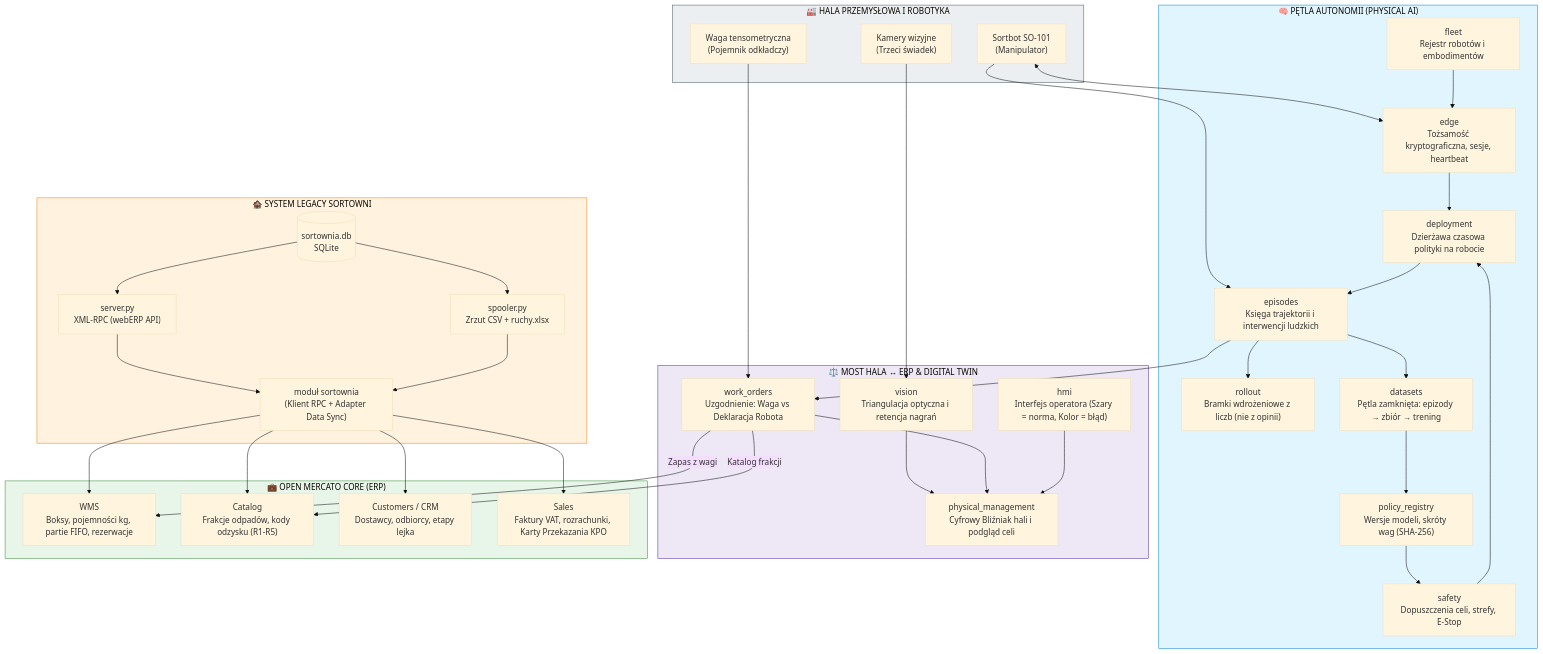
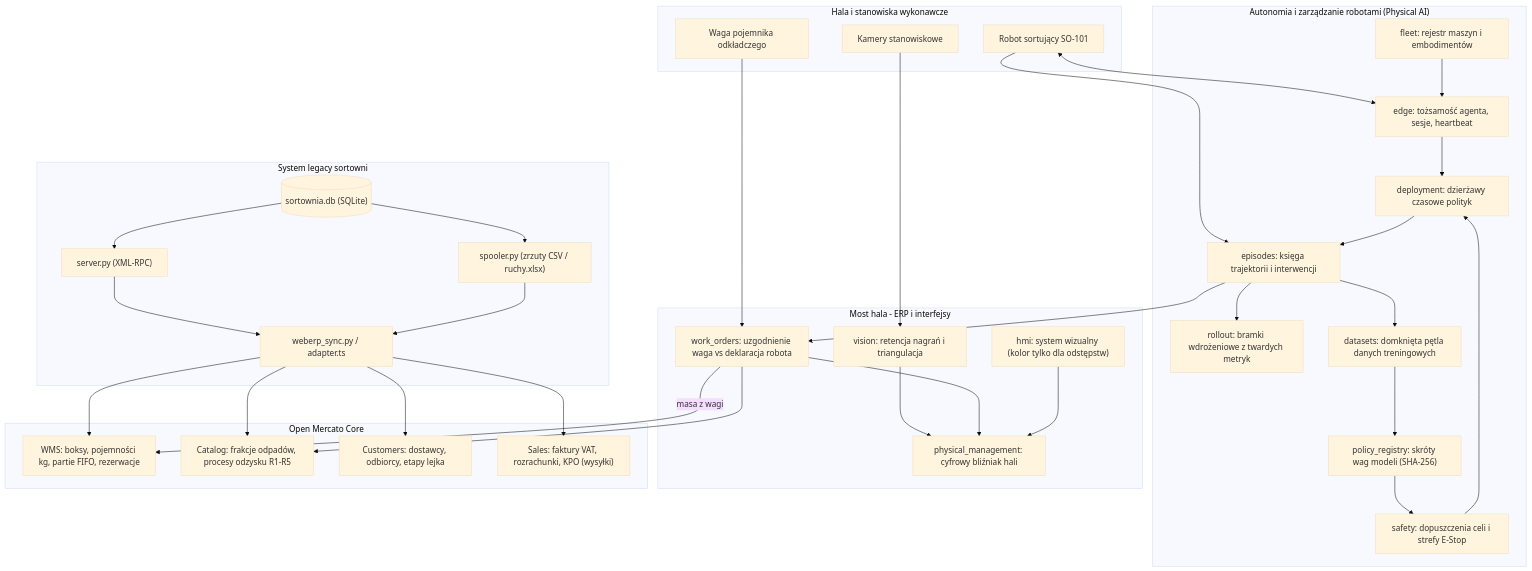
Before and after one commit to ljaniec/openmercato_garbagekind: the diagram in README.md, drawn with Mermaid (base theme). The commit also changed other lines of this file, not shown here.

````diff
--- a/README.md
+++ b/README.md
@@ -43,73 +32,63 @@
 ```mermaid
 flowchart TB
-    subgraph HALA["🏭 HALA PRZEMYSŁOWA I ROBOTYKA"]
-        SO["Sortbot SO-101<br/>(Manipulator)"]
-        SCALE["Waga tensometryczna<br/>(Pojemnik odkładczy)"]
-        CAM["Kamery wizyjne<br/>(Trzeci świadek)"]
+    subgraph HALA["Hala i stanowiska wykonawcze"]
+        SO["Robot sortujący SO-101"]
+        SCALE["Waga pojemnika odkładczego"]
+        CAM["Kamery stanowiskowe"]
     end
 
-    subgraph PHYSICAL_AI["🧠 PĘTLA AUTONOMII (PHYSICAL AI)"]
-        M_FLEET["fleet<br/>Rejestr robotów i embodimentów"]
-        M_EDGE["edge<br/>Tożsamość kryptograficzna, sesje, heartbeat"]
-        M_POL["policy_registry<br/>Wersje modeli, skróty wag (SHA-256)"]
-        M_SAFE["safety<br/>Dopuszczenia celi, strefy, E-Stop"]
-        M_DEP["deployment<br/>Dzierżawa czasowa polityki na robocie"]
-        M_EP["episodes<br/>Księga trajektorii i interwencji ludzkich"]
-        M_ROLL["rollout<br/>Bramki wdrożeniowe z liczb (nie z opinii)"]
-        M_DATA["datasets<br/>Pętla zamknięta: epizody → zbiór → trening"]
+    subgraph PHYSICAL_AI["Autonomia i zarządzanie robotami (Physical AI)"]
+        FLEET["fleet: rejestr maszyn i embodimentów"]
+        EDGE["edge: tożsamość agenta, sesje, heartbeat"]
+        POLICY["policy_registry: skróty wag modeli (SHA-256)"]
+        SAFETY["safety: dopuszczenia celi i strefy E-Stop"]
+        DEPLOY["deployment: dzierżawy czasowe polityk"]
+        EPISODES["episodes: księga trajektorii i interwencji"]
+        ROLLOUT["rollout: bramki wdrożeniowe z twardych metryk"]
+        DATASETS["datasets: domknięta pętla danych treningowych"]
     end
 
-    subgraph BRIDGE_LAYER["⚖️ MOST HALA ↔ ERP & DIGITAL TWIN"]
-        M_WO["work_orders<br/>Uzgodnienie: Waga vs Deklaracja Robota"]
-        M_VIS["vision<br/>Triangulacja optyczna i retencja nagrań"]
-        M_HMI["hmi<br/>Interfejs operatora (Szary = norma, Kolor = błąd)"]
-        M_PM["physical_management<br/>Cyfrowy Bliźniak hali i podgląd celi"]
+    subgraph BRIDGE["Most hala - ERP i interfejsy"]
+        WO["work_orders: uzgodnienie waga vs deklaracja robota"]
+        VISION["vision: retencja nagrań i triangulacja"]
+        HMI["hmi: system wizualny (kolor tylko dla odstępstw)"]
+        PM["physical_management: cyfrowy bliźniak hali"]
     end
 
-    subgraph LEGACY_LAYER["🏚️ SYSTEM LEGACY SORTOWNI"]
-        LEG_DB[("sortownia.db<br/>SQLite")]
-        LEG_RPC["server.py<br/>XML-RPC (webERP API)"]
-        LEG_SPOOL["spooler.py<br/>Zrzut CSV + ruchy.xlsx"]
-        M_SORT["moduł sortownia<br/>(Klient RPC + Adapter Data Sync)"]
+    subgraph LEGACY["System legacy sortowni"]
+        DB[("sortownia.db (SQLite)")]
+        RPC["server.py (XML-RPC)"]
+        SPOOL["spooler.py (zrzuty CSV / ruchy.xlsx)"]
+        SYNC["weberp_sync.py / adapter.ts"]
     end
 
-    subgraph ERP_CORE["💼 OPEN MERCATO CORE (ERP)"]
-        OM_WMS["WMS<br/>Boksy, pojemności kg, partie FIFO, rezerwacje"]
-        OM_CAT["Catalog<br/>Frakcje odpadów, kody odzysku (R1-R5)"]
-        OM_CUST["Customers / CRM<br/>Dostawcy, odbiorcy, etapy lejka"]
-        OM_SALES["Sales<br/>Faktury VAT, rozrachunki, Karty Przekazania KPO"]
+    subgraph ERP["Open Mercato Core"]
+        WMS["WMS: boksy, pojemności kg, partie FIFO, rezerwacje"]
+        CAT["Catalog: frakcje odpadów, procesy odzysku R1-R5"]
+        CRM["Customers: dostawcy, odbiorcy, etapy lejka"]
+        SALES["Sales: faktury VAT, rozrachunki, KPO (wysyłki)"]
     end
 
-    %% Połączenia hali z physical AI
-    SO <--> M_EDGE
-    SO --> M_EP
-    CAM --> M_VIS
-    SCALE --> M_WO
+    SO <--> EDGE
+    SO --> EPISODES
+    CAM --> VISION
+    SCALE --> WO
 
-    %% Pętla physical AI
-    M_FLEET --> M_EDGE
-    M_EDGE --> M_DEP
-    M_POL --> M_SAFE --> M_DEP
-    M_DEP --> M_EP
-    M_EP --> M_ROLL
-    M_EP --> M_DATA --> M_POL
+    FLEET --> EDGE
+    EDGE --> DEPLOY
+    POLICY --> SAFETY --> DEPLOY
+    DEPLOY --> EPISODES
+    EPISODES --> ROLLOUT
+    EPISODES --> DATASETS --> POLICY
 
-    %% Most z halą
-    M_EP --> M_WO
-    M_WO -->|Zapas z wagi| OM_WMS
-    M_WO -->|Katalog frakcji| OM_CAT
-    M_VIS --> M_PM
-    M_WO --> M_PM
-    M_HMI --> M_PM
+    EPISODES --> WO
+    WO -->|masa z wagi| WMS
+    WO --> CAT
+    VISION --> PM
+    WO --> PM
+    HMI --> PM
 
-    %% Legacy do ERP
-    LEG_DB --> LEG_RPC & LEG_SPOOL
-    LEG_RPC & LEG_SPOOL --> M_SORT
-    M_SORT --> OM_WMS & OM_CAT & OM_CUST & OM_SALES
-
-    style HALA fill:#eceff1,stroke:#455a64
-    style PHYSICAL_AI fill:#e1f5fe,stroke:#0288d1
-    style BRIDGE_LAYER fill:#ede7f6,stroke:#512da8
-    style LEGACY_LAYER fill:#fff3e0,stroke:#f57c00
-    style ERP_CORE fill:#e8f5e9,stroke:#388e3c
+    DB --> RPC & SPOOL
+    RPC & SPOOL --> SYNC
+    SYNC --> WMS & CAT & CRM & SALES
 ```
````
